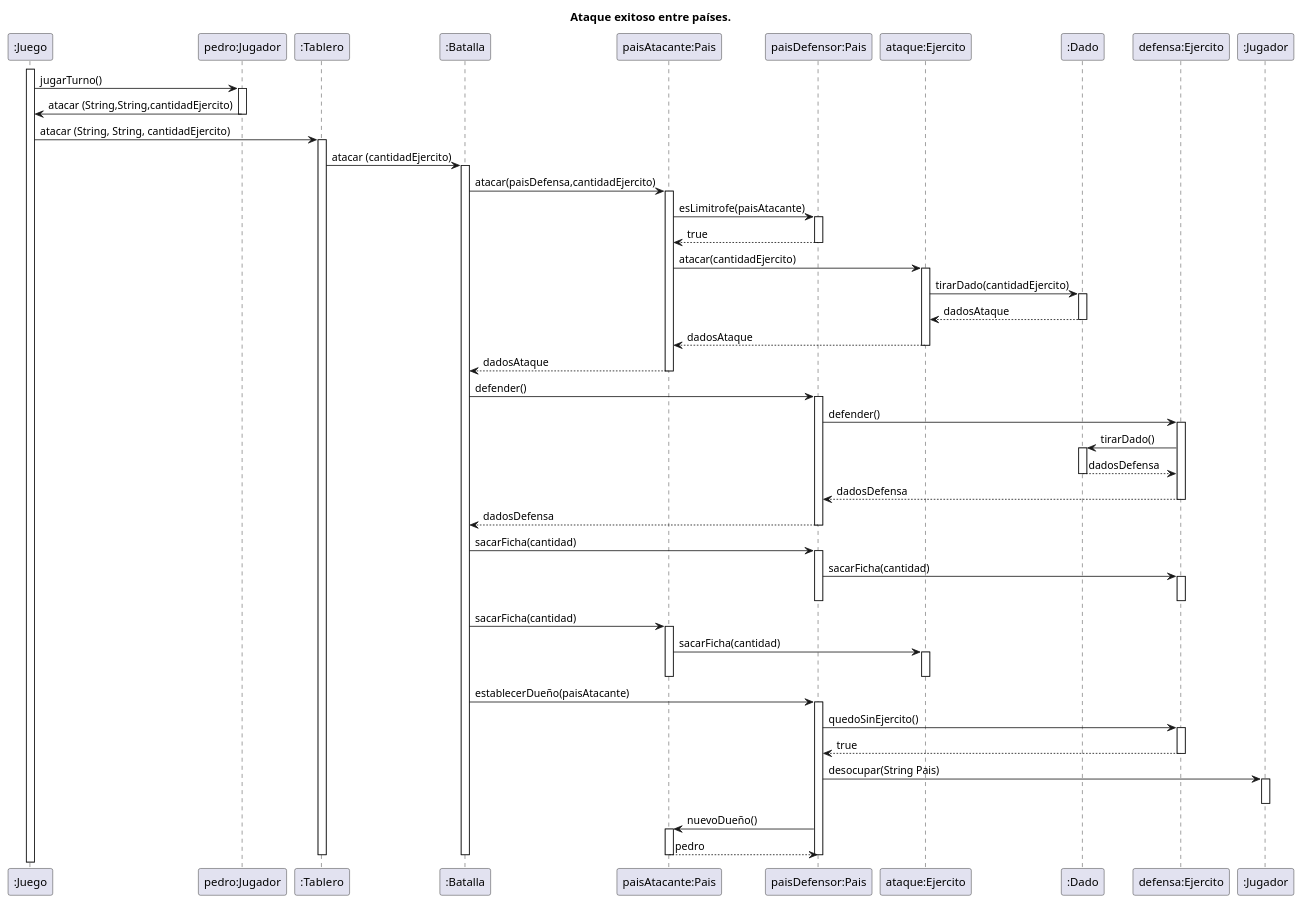
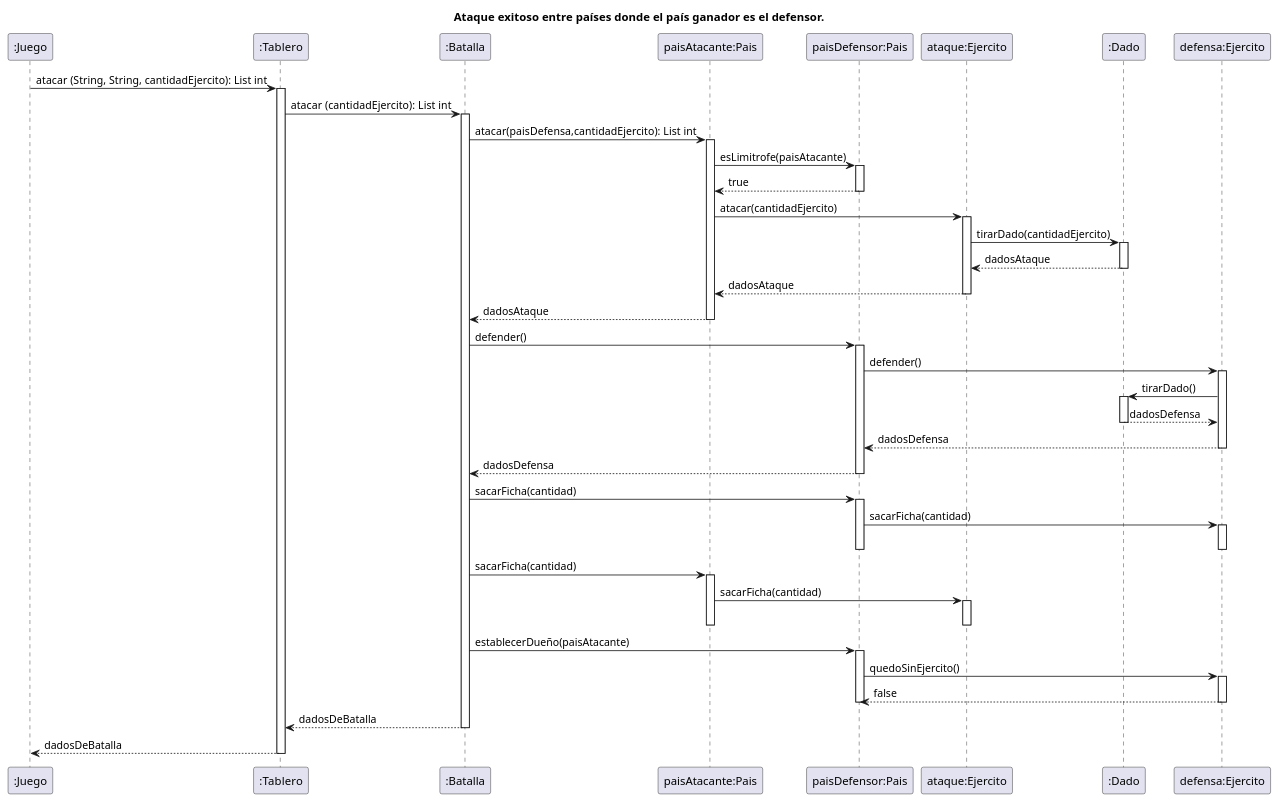
The diagram in diagramas/secuenciaAtaque.wsd (daniela41149/algo3_tp2), drawn with PlantUML before and after one commit. The commit also changed 28 other files, not shown here.

Commit message:
diagramas

```diff
--- a/diagramas/secuenciaAtaque.wsd
+++ b/diagramas/secuenciaAtaque.wsd
@@ -1,74 +1,63 @@
 @startuml
-title: Ataque exitoso entre países.
-activate ":Juego"
-":Juego" -> "pedro:Jugador" : jugarTurno()
-activate "pedro:Jugador"
-"pedro:Jugador" -> ":Juego" : atacar (String,String,cantidadEjercito)
-deactivate "pedro:Jugador"
+title: Ataque exitoso entre países donde el país ganador es el defensor.
 
-":Juego" -> ":Tablero" : atacar (String, String, cantidadEjercito)
+":Juego" -> ":Tablero" : atacar (String, String, cantidadEjercito):  List int
 activate ":Tablero"
-":Tablero" -> ":Batalla": atacar (cantidadEjercito)
+":Tablero" -> ":Batalla": atacar (cantidadEjercito):  List int
 activate ":Batalla"
-":Batalla" -> "paisAtacante:Pais": atacar(paisDefensa,cantidadEjercito)
+":Batalla" -> "paisAtacante:Pais": atacar(paisDefensa,cantidadEjercito):  List int
 activate "paisAtacante:Pais"
 "paisAtacante:Pais" -> "paisDefensor:Pais": esLimitrofe(paisAtacante)
 activate "paisDefensor:Pais"
 "paisDefensor:Pais" --> "paisAtacante:Pais": true
 deactivate "paisDefensor:Pais"
 "paisAtacante:Pais" -> "ataque:Ejercito": atacar(cantidadEjercito)
 activate "ataque:Ejercito"
 "ataque:Ejercito" -> ":Dado": tirarDado(cantidadEjercito)
 activate ":Dado"
 ":Dado" --> "ataque:Ejercito": dadosAtaque
 deactivate ":Dado"
 "ataque:Ejercito" --> "paisAtacante:Pais": dadosAtaque
 deactivate "ataque:Ejercito"
 "paisAtacante:Pais" --> ":Batalla": dadosAtaque
 deactivate "paisAtacante:Pais"
 ":Batalla" -> "paisDefensor:Pais": defender()
 activate "paisDefensor:Pais"
 "paisDefensor:Pais" -> "defensa:Ejercito": defender()
 activate "defensa:Ejercito"
 "defensa:Ejercito" -> ":Dado": tirarDado()
 activate ":Dado"
 ":Dado" --> "defensa:Ejercito": dadosDefensa
 deactivate ":Dado"
 "defensa:Ejercito" --> "paisDefensor:Pais": dadosDefensa
 deactivate "defensa:Ejercito"
 "paisDefensor:Pais" --> ":Batalla": dadosDefensa
 deactivate "paisDefensor:Pais"
 
 ":Batalla" -> "paisDefensor:Pais" : sacarFicha(cantidad)
             activate "paisDefensor:Pais"
 "paisDefensor:Pais" -> "defensa:Ejercito": sacarFicha(cantidad)
 activate "defensa:Ejercito"
 deactivate "defensa:Ejercito"
 deactivate "paisDefensor:Pais"
 
 ":Batalla" -> "paisAtacante:Pais" : sacarFicha(cantidad)
             activate "paisAtacante:Pais"
 "paisAtacante:Pais" -> "ataque:Ejercito": sacarFicha(cantidad)
 activate "ataque:Ejercito"
 deactivate "ataque:Ejercito"
 deactivate "paisAtacante:Pais"
 ":Batalla" -> "paisDefensor:Pais" : establecerDueño(paisAtacante)
             activate "paisDefensor:Pais"
 "paisDefensor:Pais" -> "defensa:Ejercito": quedoSinEjercito()
 activate "defensa:Ejercito"
-"defensa:Ejercito" --> "paisDefensor:Pais": true
+"defensa:Ejercito" --> "paisDefensor:Pais": false
 deactivate "defensa:Ejercito"
 
-
-"paisDefensor:Pais" -> ":Jugador": desocupar(String Pais)
-activate ":Jugador"
-deactivate ":Jugador"
-"paisDefensor:Pais" -> "paisAtacante:Pais": nuevoDueño()
-activate "paisAtacante:Pais"
-"paisAtacante:Pais" --> "paisDefensor:Pais": pedro
 deactivate "paisAtacante:Pais"
 deactivate "paisDefensor:Pais"
+":Batalla" --> ":Tablero": dadosDeBatalla
 deactivate ":Batalla"
+":Tablero" --> ":Juego": dadosDeBatalla
 deactivate ":Tablero"
-deactivate "pedro:Jugador"
 @enduml
```
